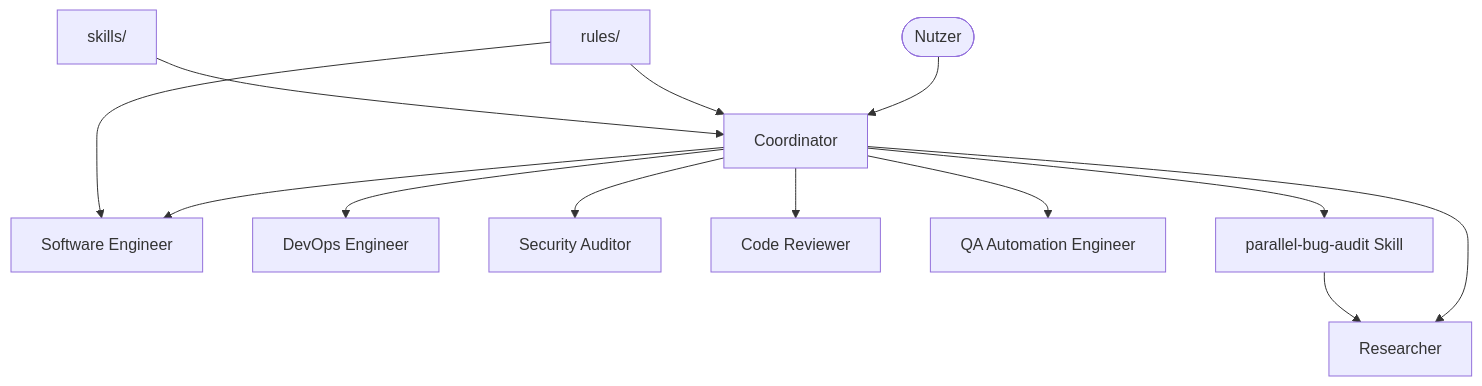
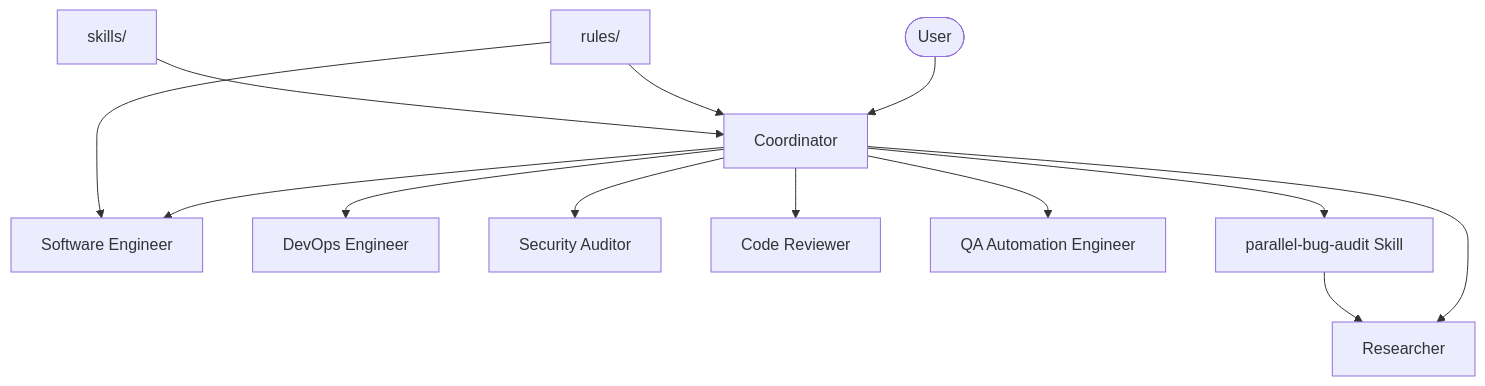
Before and after one commit to LeonStadler/opencode-agent: the diagram in README.md, drawn with Mermaid. The commit also changed other lines of this file and 5 other files, not shown here.

````diff
--- a/README.md
+++ b/README.md
@@ -14,18 +14,18 @@
 ```mermaid
 flowchart TB
-    User([Nutzer]) --> Coordinator
+    User([User]) --> Coordinator
 
     Coordinator --> Researcher
     Coordinator --> SoftwareEngineer[Software Engineer]
     Coordinator --> DevOps[DevOps Engineer]
     Coordinator --> SecurityAuditor[Security Auditor]
     Coordinator --> CodeReviewer[Code Reviewer]
     Coordinator --> QA[QA Automation Engineer]
 
     Coordinator --> BugAuditSkill[parallel-bug-audit Skill]
     BugAuditSkill --> Researcher
 
     Rules["rules/"] --> Coordinator
     Rules --> SoftwareEngineer
     Skills["skills/"] --> Coordinator
 ```
````
